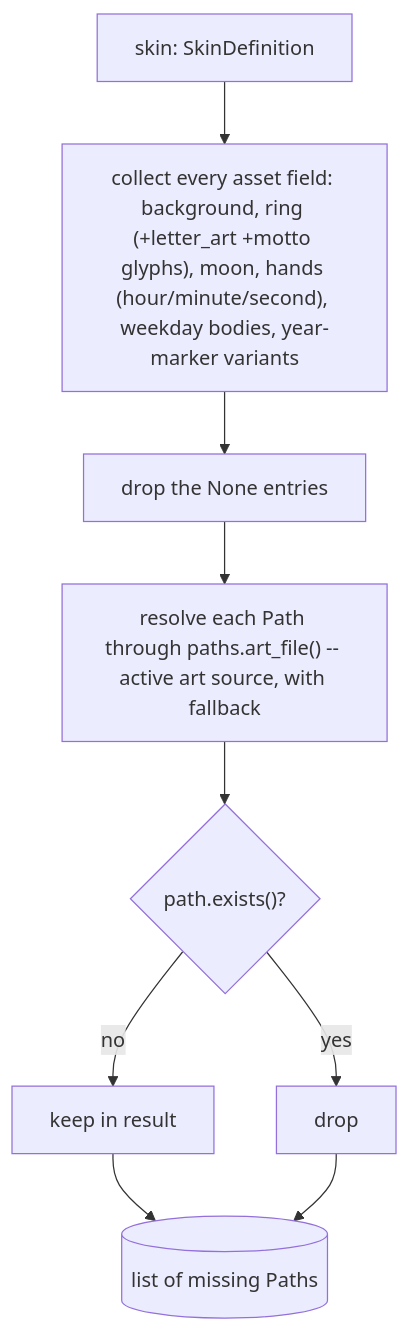
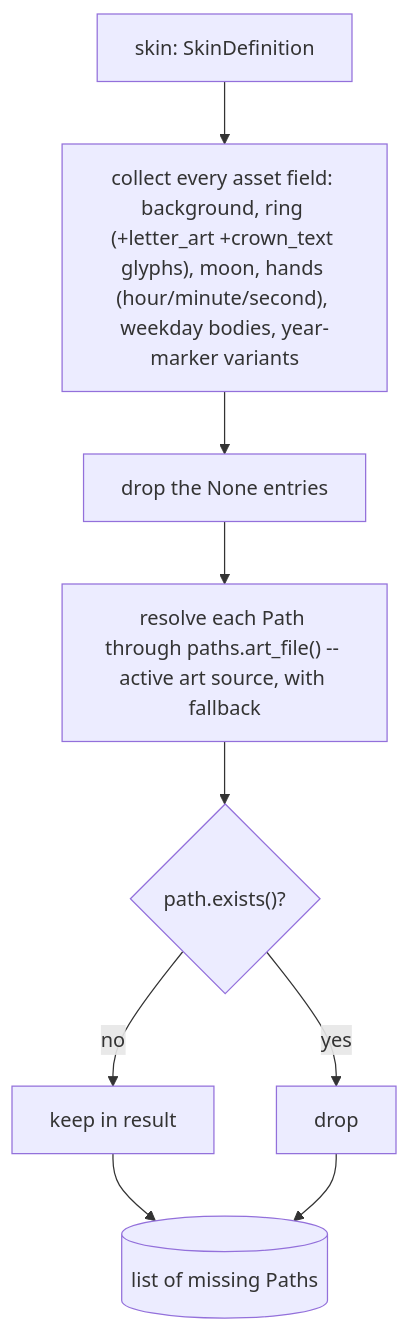
Before and after one commit to UVuruna/Watch-Academy: the diagram in skins/__flow/manifest.md, drawn with Mermaid. The commit also changed other lines of this file and 40 other files, not shown here.

````diff
--- a/skins/__flow/manifest.md
+++ b/skins/__flow/manifest.md
@@ -136,11 +136,11 @@
 ```mermaid
 flowchart TB
-    A["skin: SkinDefinition"] --> B["collect every asset field: background, ring (+letter_art +motto glyphs), moon, hands (hour/minute/second), weekday bodies, year-marker variants"]
+    A["skin: SkinDefinition"] --> B["collect every asset field: background, ring (+letter_art +crown_text glyphs), moon, hands (hour/minute/second), weekday bodies, year-marker variants"]
     B --> C["drop the None entries"]
     C --> D["resolve each Path through paths.art_file() -- active art source, with fallback"]
     D --> E{"path.exists()?"}
     E -- no --> F["keep in result"]
     E -- yes --> G["drop"]
     F --> H[("list of missing Paths")]
     G --> H
 ```
````
